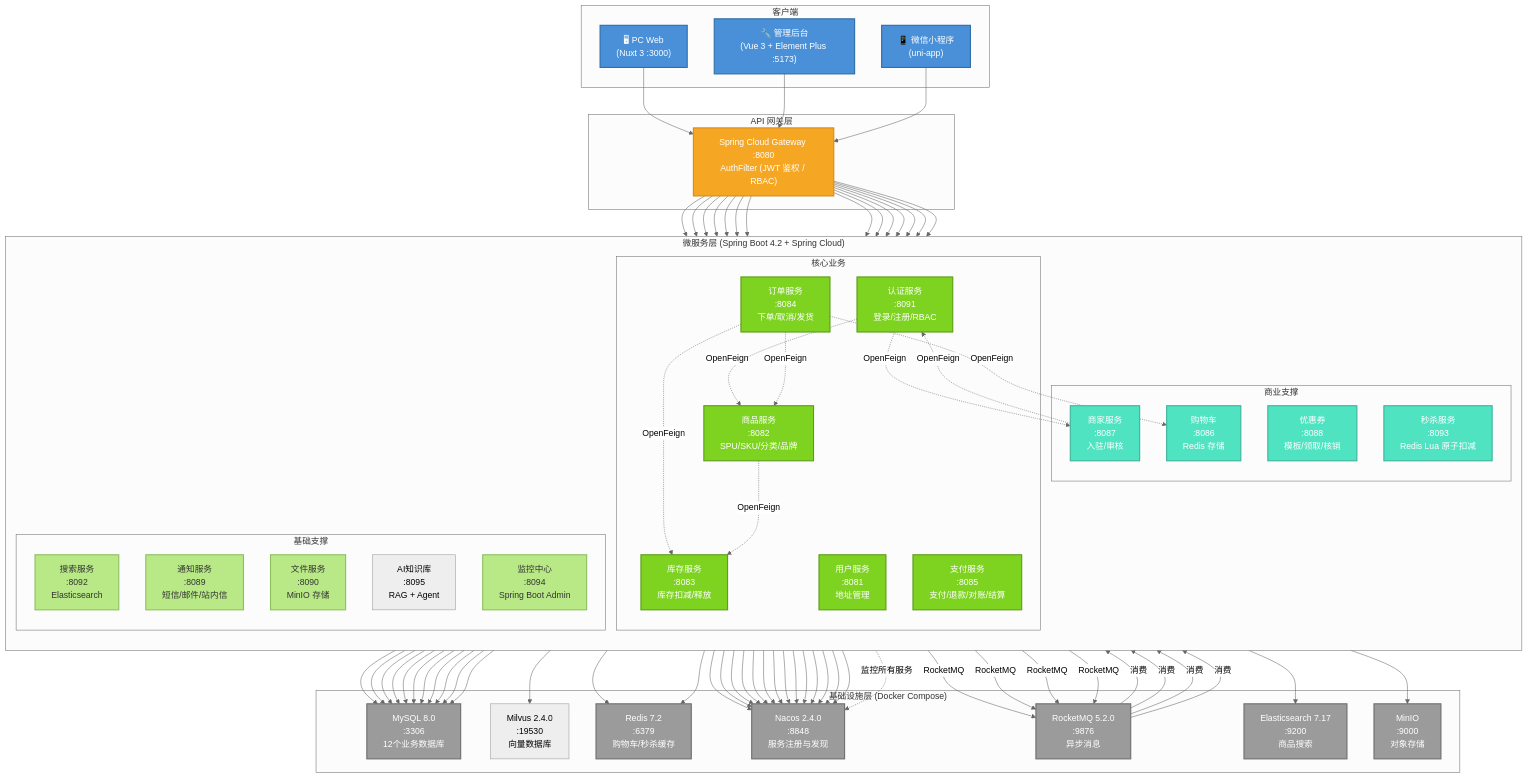
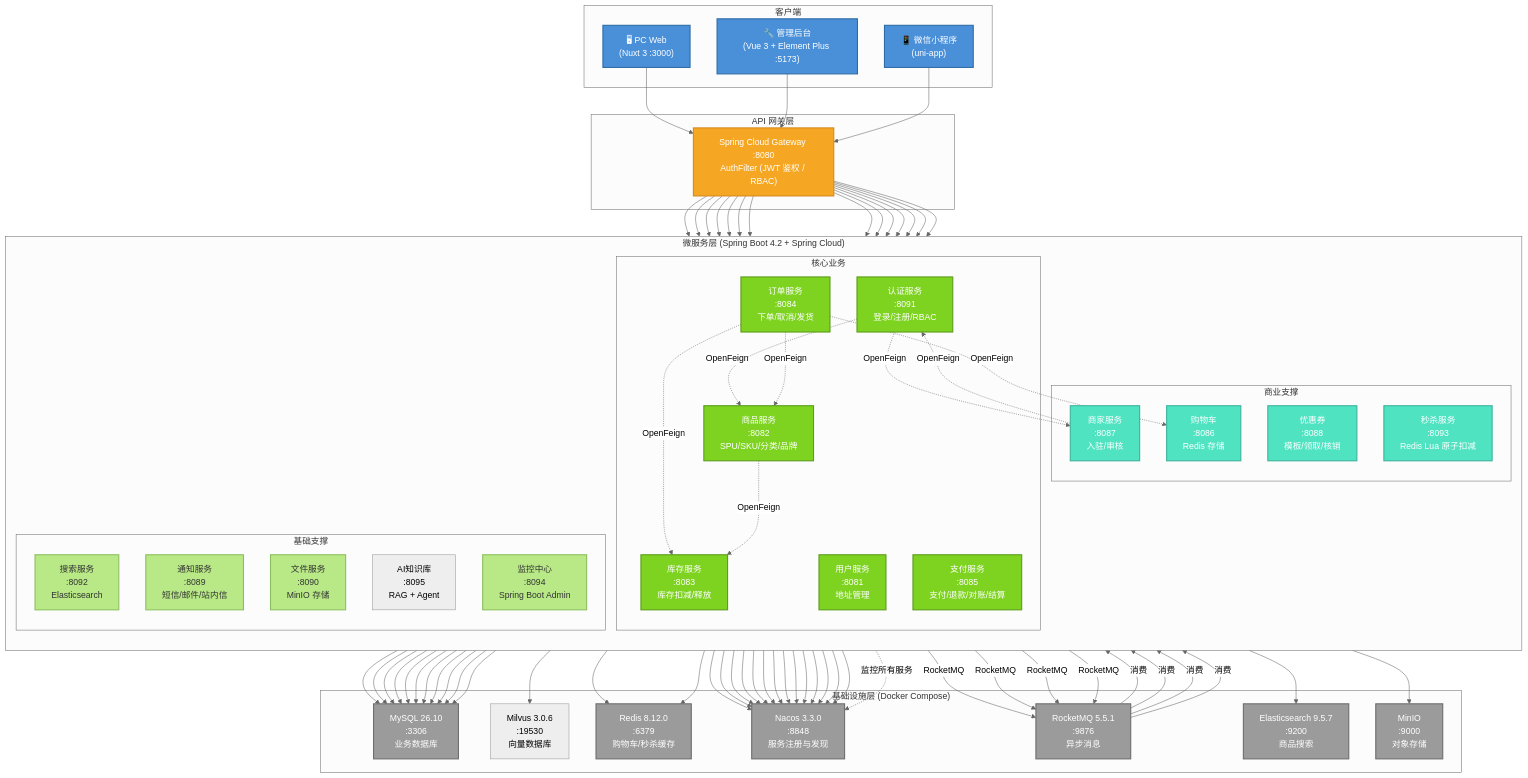
One commit to ZeYuYang1024/ecommerce-platform changed the first of 7 diagrams in README.md. Above: the diagram before and after it, drawn with Mermaid (neutral theme). The commit also changed other lines of this file and 11 other files, not shown here.

```diff
--- a/README.md
+++ b/README.md
@@ -147,12 +147,12 @@
     end
 
     subgraph Infra["基础设施层 (Docker Compose)"]
-        MYSQL["MySQL 8.0<br/>:3306<br/>12个业务数据库"]
-        MILVUS["Milvus 2.4.0<br/>:19530<br/>向量数据库"]
-        REDIS["Redis 7.2<br/>:6379<br/>购物车/秒杀缓存"]
-        NACOS["Nacos 2.4.0<br/>:8848<br/>服务注册与发现"]
-        MQ["RocketMQ 5.2.0<br/>:9876<br/>异步消息"]
-        ES["Elasticsearch 7.17<br/>:9200<br/>商品搜索"]
+        MYSQL["MySQL 26.10<br/>:3306<br/>业务数据库"]
+        MILVUS["Milvus 3.0.6<br/>:19530<br/>向量数据库"]
+        REDIS["Redis 8.12.0<br/>:6379<br/>购物车/秒杀缓存"]
+        NACOS["Nacos 3.3.0<br/>:8848<br/>服务注册与发现"]
+        MQ["RocketMQ 5.5.1<br/>:9876<br/>异步消息"]
+        ES["Elasticsearch 9.5.7<br/>:9200<br/>商品搜索"]
         MINIO["MinIO<br/>:9000<br/>对象存储"]
     end
 
```
